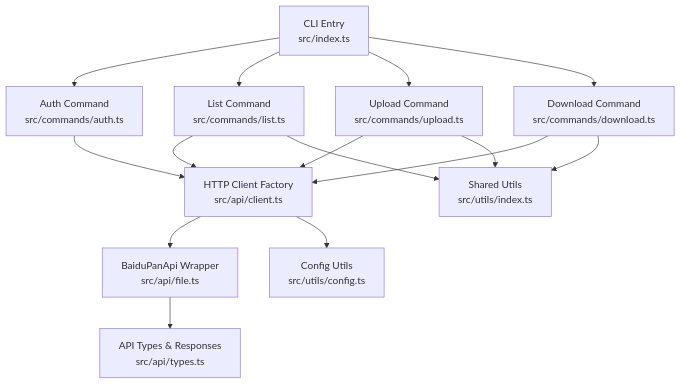
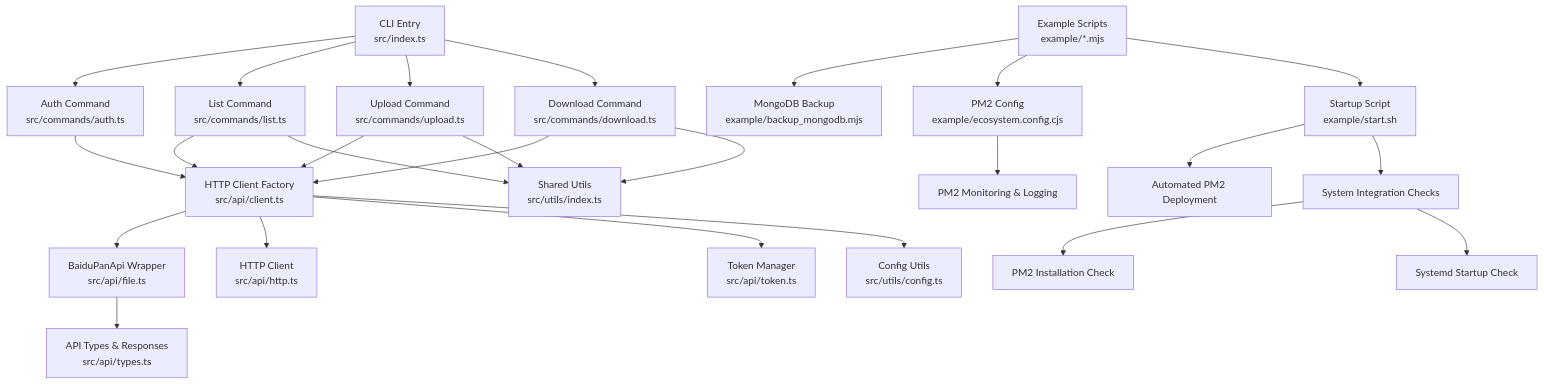
One commit to yuexiaoliang/baiduwangpan-manager changed the first of 10 diagrams in .qoder/repowiki/en/content/API Integration/API Integration.md. Above: the diagram before and after it, drawn with Mermaid. The commit also changed other lines of this file and 30 other files, not shown here.

````diff
--- a/.qoder/repowiki/en/content/API Integration/API Integration.md
+++ b/.qoder/repowiki/en/content/API Integration/API Integration.md
@@ -41,17 +62,27 @@
 ```mermaid
 graph TB
 CLI["CLI Entry<br/>src/index.ts"] --> AUTH_CMD["Auth Command<br/>src/commands/auth.ts"]
 CLI --> LIST_CMD["List Command<br/>src/commands/list.ts"]
 CLI --> UPLOAD_CMD["Upload Command<br/>src/commands/upload.ts"]
 CLI --> DOWNLOAD_CMD["Download Command<br/>src/commands/download.ts"]
 AUTH_CMD --> CLIENT["HTTP Client Factory<br/>src/api/client.ts"]
 LIST_CMD --> CLIENT
 UPLOAD_CMD --> CLIENT
 DOWNLOAD_CMD --> CLIENT
 CLIENT --> FILE_API["BaiduPanApi Wrapper<br/>src/api/file.ts"]
 FILE_API --> TYPES["API Types & Responses<br/>src/api/types.ts"]
+CLIENT --> HTTP["HTTP Client<br/>src/api/http.ts"]
+CLIENT --> TOKEN["Token Manager<br/>src/api/token.ts"]
 CLIENT --> CFG["Config Utils<br/>src/utils/config.ts"]
 UPLOAD_CMD --> UTILS["Shared Utils<br/>src/utils/index.ts"]
 DOWNLOAD_CMD --> UTILS
 LIST_CMD --> UTILS
+EXAMPLES["Example Scripts<br/>example/*.mjs"] --> BACKUP["MongoDB Backup<br/>example/backup_mongodb.mjs"]
+EXAMPLES --> PM2_CONFIG["PM2 Config<br/>example/ecosystem.config.cjs"]
+EXAMPLES --> START_SCRIPT["Startup Script<br/>example/start.sh"]
+PM2_CONFIG --> PM2_MONITORING["PM2 Monitoring & Logging"]
+START_SCRIPT --> PM2_AUTO_DEPLOY["Automated PM2 Deployment"]
+START_SCRIPT --> SYSTEM_CHECK["System Integration Checks"]
+SYSTEM_CHECK --> PM2_INSTALL["PM2 Installation Check"]
+SYSTEM_CHECK --> SYSTEMD_CHECK["Systemd Startup Check"]
 ```
````
